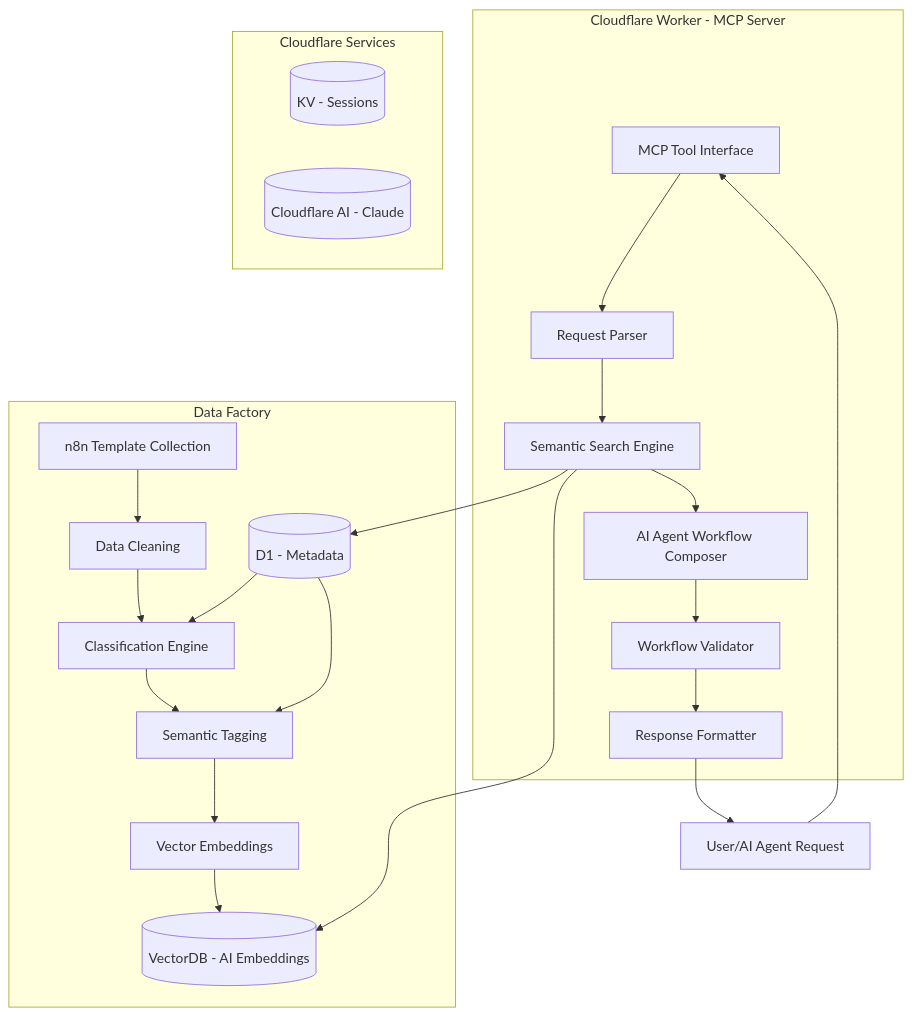
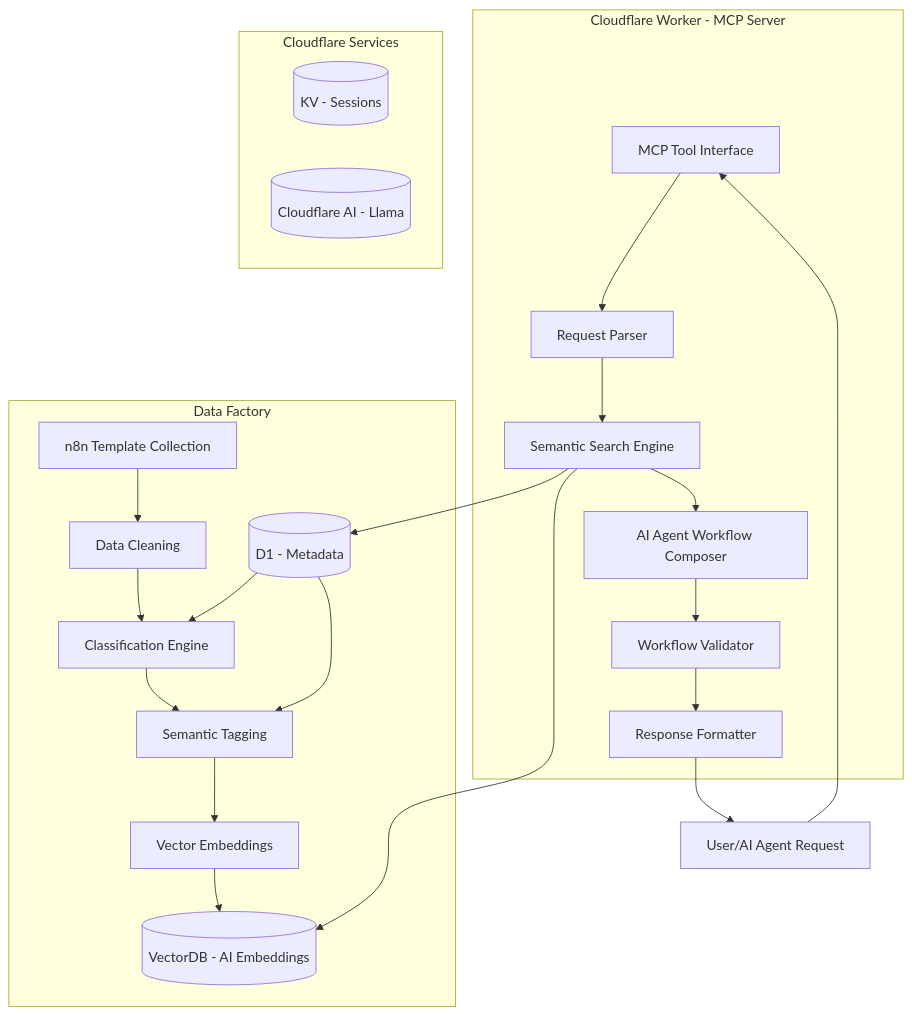
Before and after one commit to borisdouon/n8n-workflow: the diagram in plans/cloudflare-architecture.md, drawn with Mermaid. The commit also changed other lines of this file and 15 other files, not shown here.

````diff
--- a/plans/cloudflare-architecture.md
+++ b/plans/cloudflare-architecture.md
@@ -10,38 +23,38 @@
 ```mermaid
 graph TD
     subgraph "Data Factory"
         A[n8n Template Collection] --> B[Data Cleaning]
         B --> C[Classification Engine]
         C --> D[Semantic Tagging]
         D --> E[Vector Embeddings]
         E --> F[(VectorDB)]
         G[(D1 Database)] --> C
         G --> D
     end
 
     subgraph "Cloudflare Worker - MCP Server"
         H[MCP Tool Interface]
         I[Request Parser]
         J[Semantic Search Engine]
         K[AI Agent Workflow Composer]
         L[Workflow Validator]
         M[Response Formatter]
     end
 
     N[User/AI Agent Request] --> H
     H --> I
     I --> J
     J --> F
     J --> G
     J --> K
     K --> L
     L --> M
     M --> N
 
     subgraph "Cloudflare Services"
         F[(VectorDB - AI Embeddings)]
         G[(D1 - Metadata)]
         KV[(KV - Sessions)]
-        AI[(Cloudflare AI - Claude)]
+        AI[(Cloudflare AI - Llama)]
     end
 ```
````
